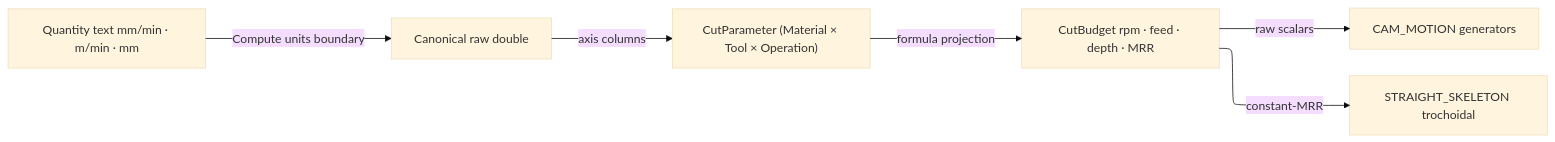
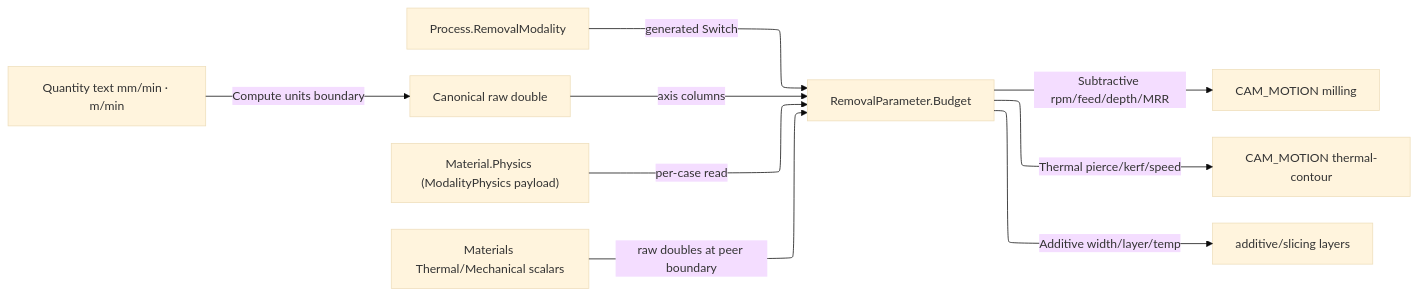
Before and after one commit to bsamiee/Rasm: the diagram in libs/csharp/Rasm.Fabrication/.planning/process-physics/cut-parameter.md, drawn with Mermaid. The commit also changed other lines of this file and 265 other files, not shown here.

````diff
--- a/libs/csharp/Rasm.Fabrication/.planning/process-physics/cut-parameter.md
+++ b/libs/csharp/Rasm.Fabrication/.planning/process-physics/cut-parameter.md
@@ -89,13 +147,16 @@
 ```mermaid
 ---
 config:
   layout: elk
   theme: base
 ---
 flowchart LR
-    Quantity["Quantity text mm/min · m/min · mm"] -->|Compute units boundary| Canonical["Canonical raw double"]
-    Canonical -->|axis columns| Table["CutParameter (Material × Tool × Operation)"]
-    Table -->|formula projection| Budget["CutBudget rpm · feed · depth · MRR"]
-    Budget -->|raw scalars| Cam["CAM_MOTION generators"]
-    Budget -->|constant-MRR| Skeleton["STRAIGHT_SKELETON trochoidal"]
+    Process["Process.RemovalModality"] -->|generated Switch| Budget["RemovalParameter.Budget"]
+    Quantity["Quantity text mm/min · m/min"] -->|Compute units boundary| Canonical["Canonical raw double"]
+    Material["Material.Physics (ModalityPhysics payload)"] -->|per-case read| Budget
+    Constitutive["Materials Thermal/Mechanical scalars"] -->|raw doubles at peer boundary| Budget
+    Canonical -->|axis columns| Budget
+    Budget -->|Subtractive rpm/feed/depth/MRR| Cam["CAM_MOTION milling"]
+    Budget -->|Thermal pierce/kerf/speed| Thermal["CAM_MOTION thermal-contour"]
+    Budget -->|Additive width/layer/temp| Additive["additive/slicing layers"]
 ```
````
